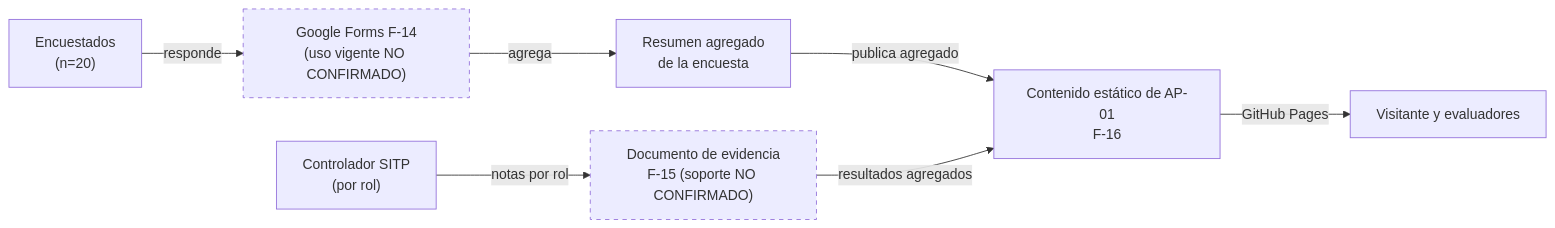
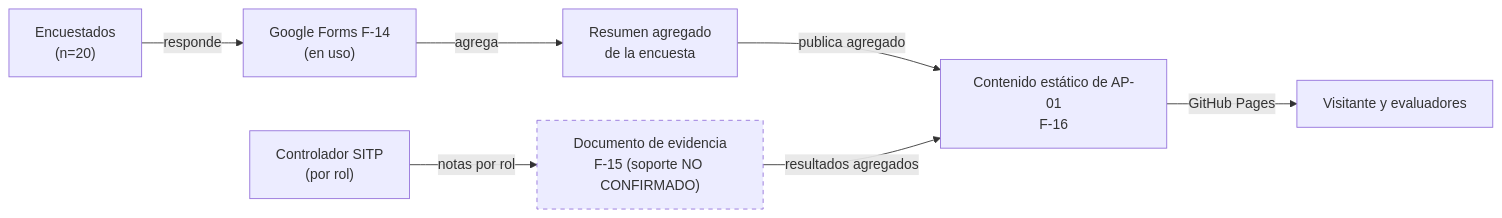
Before and after one commit to 5arSanti/tro-launcher: the diagram in docs/ae-final-project/ondas/M2-datos/diagramas/E-04-FL-E-evidencia.mmd, drawn with Mermaid. The commit also changed 8 other files, not shown here.

```diff
--- a/docs/ae-final-project/ondas/M2-datos/diagramas/E-04-FL-E-evidencia.mmd
+++ b/docs/ae-final-project/ondas/M2-datos/diagramas/E-04-FL-E-evidencia.mmd
@@ -1,16 +1,15 @@
 flowchart LR
     ENC["Encuestados<br/>(n=20)"]
-    GF["Google Forms F-14<br/>(uso vigente NO CONFIRMADO)"]
+    GF["Google Forms F-14<br/>(en uso)"]
     RES["Resumen agregado<br/>de la encuesta"]
     CTRL["Controlador SITP<br/>(por rol)"]
     DOC["Documento de evidencia<br/>F-15 (soporte NO CONFIRMADO)"]
     SITIO["Contenido estático de AP-01<br/>F-16"]
     VIS["Visitante y evaluadores"]
     ENC -->|"responde"| GF
     GF -->|"agrega"| RES
     RES -->|"publica agregado"| SITIO
     CTRL -->|"notas por rol"| DOC
     DOC -->|"resultados agregados"| SITIO
     SITIO -->|"GitHub Pages"| VIS
-    style GF stroke-dasharray: 5 5
     style DOC stroke-dasharray: 5 5
```
